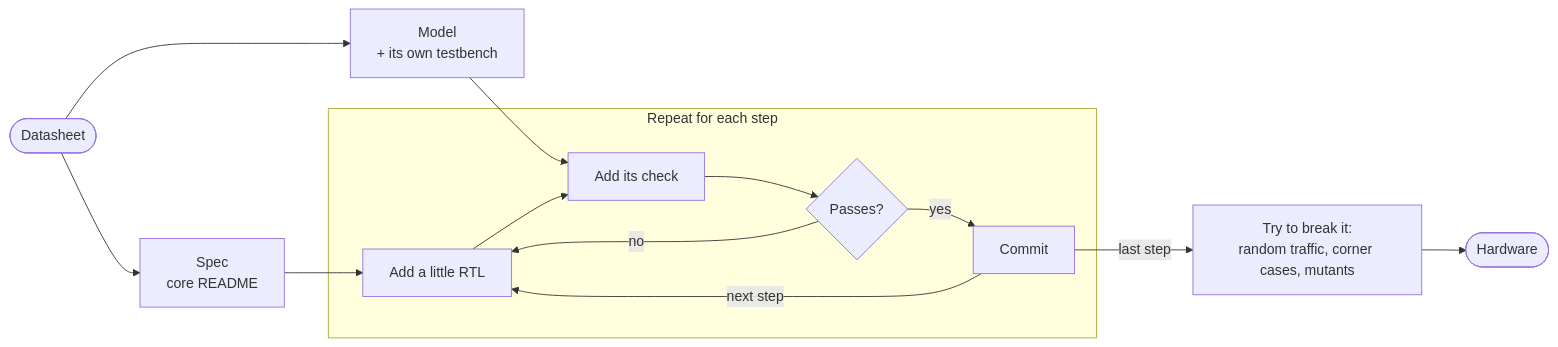
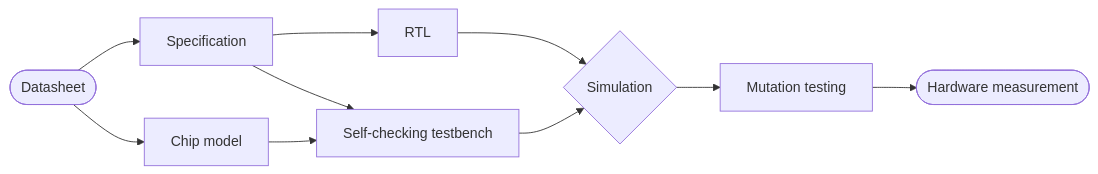
The diagram in docs/development_flow.md (sametgul/fpga_signal_chain), drawn with Mermaid before and after one commit. The commit also changed other lines of this file and 4 other files, not shown here.

First line of the commit message:
Rewrite the development flow page, rename SCLK_FREQ to SCLK_MAX

````diff
--- a/docs/development_flow.md
+++ b/docs/development_flow.md
@@ -5,16 +3,12 @@
 ```mermaid
 flowchart LR
-    DS([Datasheet]) --> SPEC[Spec<br/>core README]
-    DS --> MODEL[Model<br/>+ its own testbench]
-    SPEC --> RTL
+    DS([Datasheet]) --> SPEC[Specification]
+    DS --> MODEL[Chip model]
+    SPEC --> RTL[RTL]
+    SPEC --> TB[Self-checking testbench]
     MODEL --> TB
-    subgraph LOOP [Repeat for each step]
-        RTL[Add a little RTL] --> TB[Add its check]
-        TB --> RUN{Passes?}
-        RUN -- no --> RTL
-        RUN -- yes --> COMMIT[Commit]
-        COMMIT -- next step --> RTL
-    end
-    COMMIT -- last step --> VERIF[Try to break it:<br/>random traffic, corner cases, mutants]
-    VERIF --> HW([Hardware])
+    RTL --> SIM{Simulation}
+    TB --> SIM
+    SIM --> MUT[Mutation testing]
+    MUT --> HW([Hardware measurement])
 ```
````
